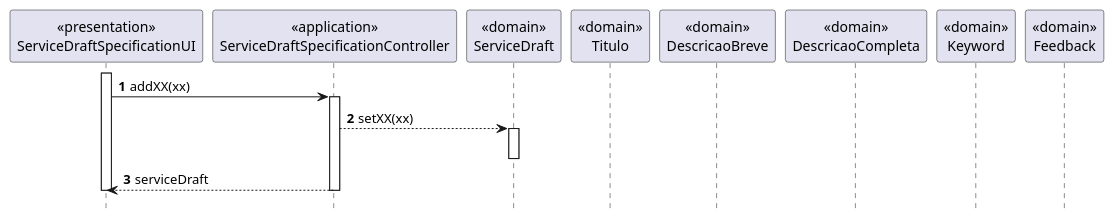
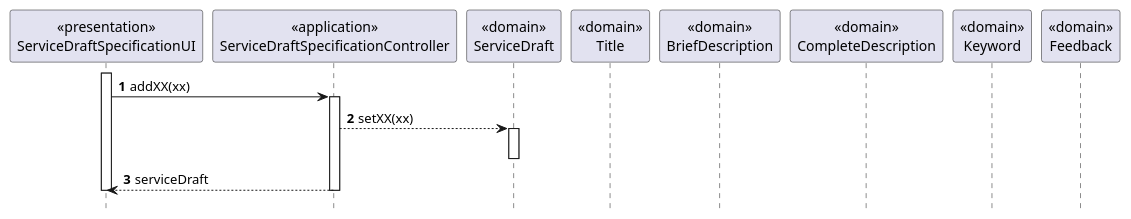
Before and after one commit to tiagoavcosta25/LAPR4: the diagram in doc/engenharia/SprintB/1190967/US-1-2002_EspecificarServico/DraftFieldSpecification/US-1-2002_SD_AddField.puml, drawn with PlantUML. The commit also changed 6 other files, not shown here.

Commit message:
LAPR4-67 #design #fixing Service Draft Specification Field - Class Diagram

```diff
--- a/doc/engenharia/SprintB/1190967/US-1-2002_EspecificarServico/DraftFieldSpecification/US-1-2002_SD_AddField.puml
+++ b/doc/engenharia/SprintB/1190967/US-1-2002_EspecificarServico/DraftFieldSpecification/US-1-2002_SD_AddField.puml
@@ -1,27 +1,27 @@
 @startuml
 autonumber
 hide footbox
 
 participant "<<presentation>>\nServiceDraftSpecificationUI" as UI
 participant "<<application>>\nServiceDraftSpecificationController" as CTRL
 participant "<<domain>>\nServiceDraft" as S
-participant "<<domain>>\nTitulo" as T
-participant "<<domain>>\nDescricaoBreve" as DB
-participant "<<domain>>\nDescricaoCompleta" as DC
+participant "<<domain>>\nTitle" as T
+participant "<<domain>>\nBriefDescription" as DB
+participant "<<domain>>\nCompleteDescription" as DC
 participant "<<domain>>\nKeyword" as KW
 participant "<<domain>>\nFeedback" as FB
 
 activate UI
 
 UI -> CTRL : addXX(xx)
 activate CTRL
 
 CTRL --> S : setXX(xx)
 activate S
 deactivate S
 
 CTRL --> UI : serviceDraft
 deactivate CTRL
 deactivate UI
 
 @enduml
```
